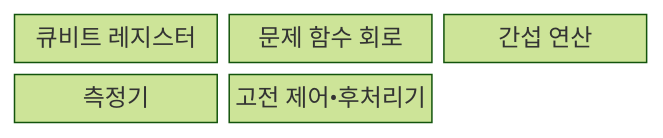
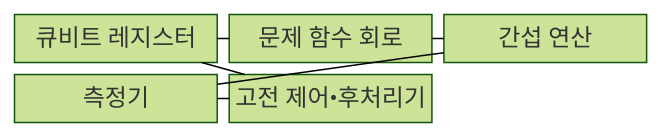
The first of 2 diagrams in src/content/docs/notes/01-basic-theory/062_quantum_algo_shor_grover.md (agnusdei1207/knowledge-base), drawn with Mermaid (forest theme) before and after one commit. The commit also changed other lines of this file and 5 other files, not shown here.

````diff
--- a/src/content/docs/notes/01-basic-theory/062_quantum_algo_shor_grover.md
+++ b/src/content/docs/notes/01-basic-theory/062_quantum_algo_shor_grover.md
@@ -70,10 +71,15 @@
 ```mermaid
 block
     columns 3
     R["큐비트 레지스터"]
     F["문제 함수 회로"]
     I["간섭 연산"]
     M["측정기"]
     C["고전 제어•후처리기"]
     space
+    C --- R
+    R --- F
+    F --- I
+    I --- M
+    M --- C
 ```
````
